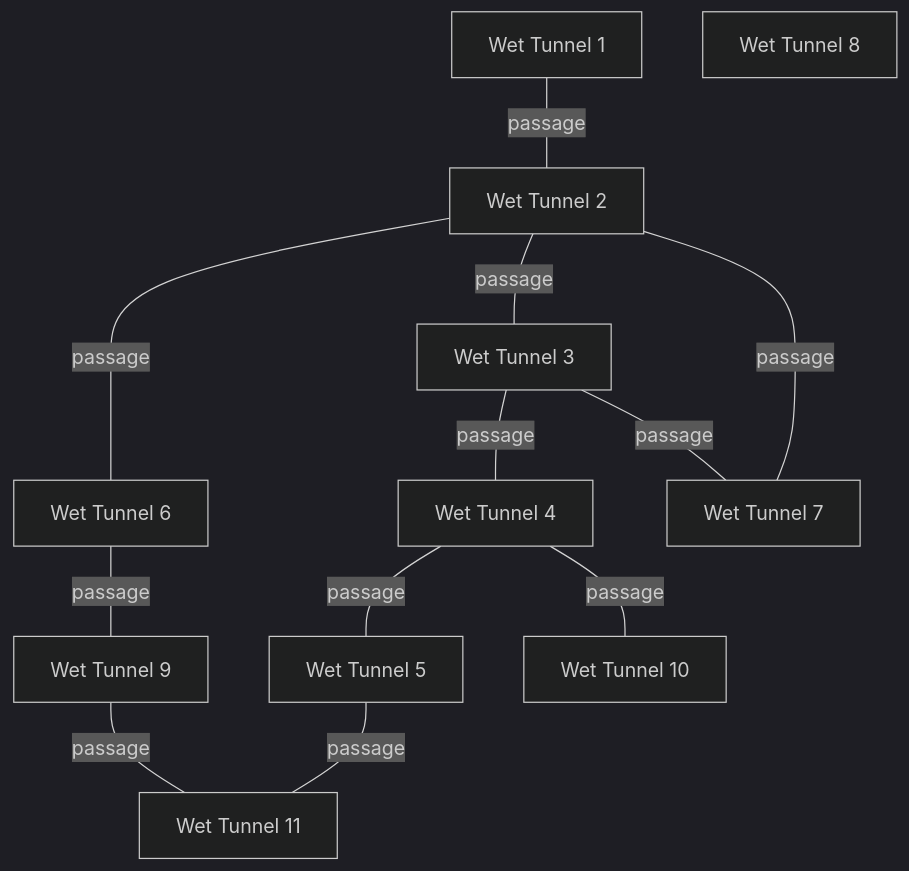
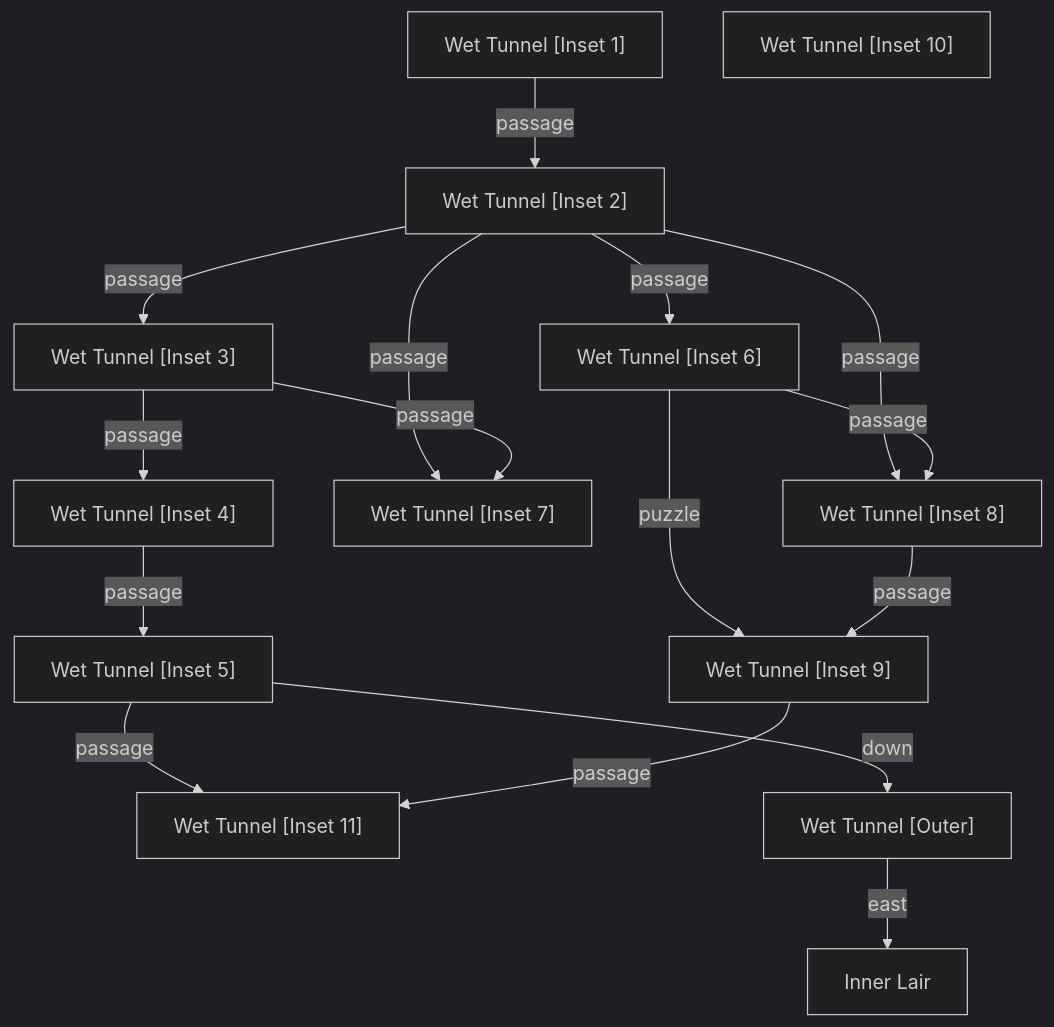
The sixth of 6 diagrams in docs/LOCATION_MAP.md (ronaldkunenborg/thelurkinghorror), drawn with Mermaid (dark theme) before and after one commit. The commit also changed other lines of this file, not shown here.

Commit message:
Sync LOCATION_MAP with prototype v1 wet-tunnel and utility layout

````diff
--- a/docs/LOCATION_MAP.md
+++ b/docs/LOCATION_MAP.md
@@ -269,26 +270,32 @@
 ```mermaid
 flowchart TD
-  W1["Wet Tunnel 1"]
-  W2["Wet Tunnel 2"]
-  W3["Wet Tunnel 3"]
-  W4["Wet Tunnel 4"]
-  W5["Wet Tunnel 5"]
-  W6["Wet Tunnel 6"]
-  W7["Wet Tunnel 7"]
-  W8["Wet Tunnel 8"]
-  W9["Wet Tunnel 9"]
-  W10["Wet Tunnel 10"]
-  W11["Wet Tunnel 11"]
+  W1["Wet Tunnel [Inset 1]"]
+  W2["Wet Tunnel [Inset 2]"]
+  W3["Wet Tunnel [Inset 3]"]
+  W4["Wet Tunnel [Inset 4]"]
+  W5["Wet Tunnel [Inset 5]"]
+  W6["Wet Tunnel [Inset 6]"]
+  W7["Wet Tunnel [Inset 7]"]
+  W8["Wet Tunnel [Inset 8]"]
+  W9["Wet Tunnel [Inset 9]"]
+  W10["Wet Tunnel [Inset 10]"]
+  W11["Wet Tunnel [Inset 11]"]
+  WO["Wet Tunnel [Outer]"]
+  IL["Inner Lair"]
 
-  W1 ---|passage| W2
-  W2 ---|passage| W3
-  W3 ---|passage| W4
-  W4 ---|passage| W5
-  W2 ---|passage| W6
-  W2 ---|passage| W7
-  W3 ---|passage| W7
-  W4 ---|passage| W10
-  W5 ---|passage| W11
-  W6 ---|passage| W9
-  W9 ---|passage| W11
+  W1 -->|passage| W2
+  W2 -->|passage| W3
+  W2 -->|passage| W6
+  W2 -->|passage| W7
+  W2 -->|passage| W8
+  W3 -->|passage| W4
+  W3 -->|passage| W7
+  W4 -->|passage| W5
+  W5 -->|passage| W11
+  W5 -->|down| WO
+  W6 -->|passage| W8
+  W6 -->|puzzle| W9
+  W8 -->|passage| W9
+  W9 -->|passage| W11
+  WO -->|east| IL
 ```
````
